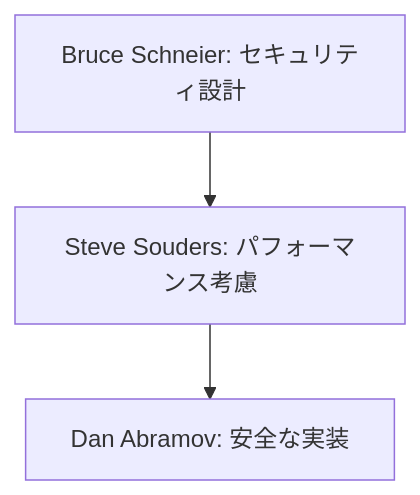
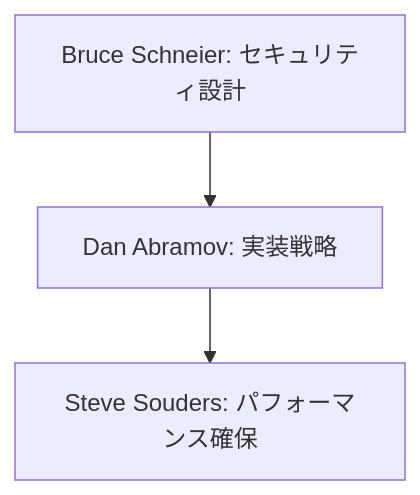
One commit to amano--/any changed the second of 2 diagrams in we-edit/docs/setup/cline/user-readme/role/phase/analysis-improvement/experts-list-02.md. Above: the diagram before and after it, drawn with Mermaid. The commit also changed other lines of this file and 3 other files, not shown here.

````diff
--- a/we-edit/docs/setup/cline/user-readme/role/phase/analysis-improvement/experts-list-02.md
+++ b/we-edit/docs/setup/cline/user-readme/role/phase/analysis-improvement/experts-list-02.md
@@ -145,5 +198,5 @@
 ```mermaid
 graph TD
-    A[Bruce Schneier: セキュリティ設計] --> B[Steve Souders: パフォーマンス考慮]
-    B --> C[Dan Abramov: 安全な実装]
+    A[Bruce Schneier: セキュリティ設計] --> B[Dan Abramov: 実装戦略]
+    B --> C[Steve Souders: パフォーマンス確保]
 ```
````
